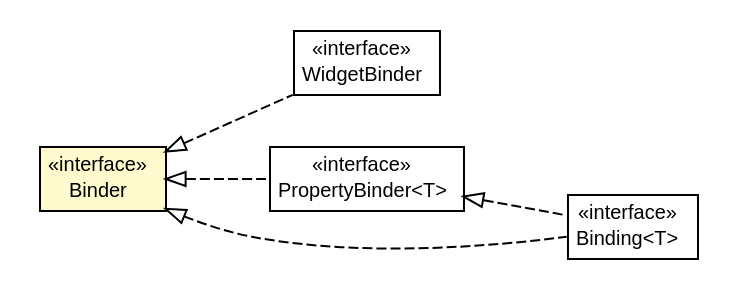
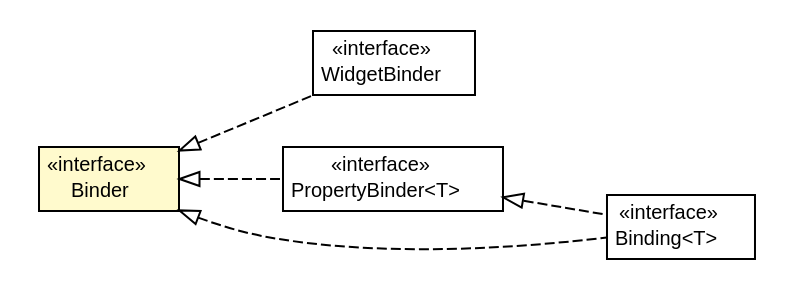
One commit to growbit/turbogwt-databind changed the diagram in javadoc/apidocs/org/turbogwt/mvp/databind/client/Binder.dot. Above: the diagram before and after it, drawn with Graphviz. The commit also changed 144 other files, not shown here.

```diff
--- a/javadoc/apidocs/org/turbogwt/mvp/databind/client/Binder.dot
+++ b/javadoc/apidocs/org/turbogwt/mvp/databind/client/Binder.dot
@@ -1,49 +1,49 @@
 #!/usr/local/bin/dot
 #
 # Class diagram 
 # Generated by UMLGraph version R5_6-24-gf6e263 (http://www.umlgraph.org/)
 #
 
 digraph G {
-	edge [fontname="arial",fontsize=10,labelfontname="arial",labelfontsize=10];
-	node [fontname="arial",fontsize=10,shape=plaintext];
+	edge [fontname="Helvetica",fontsize=10,labelfontname="Helvetica",labelfontsize=10];
+	node [fontname="Helvetica",fontsize=10,shape=plaintext];
 	nodesep=0.25;
 	ranksep=0.5;
 	rankdir=LR;
 	// org.turbogwt.mvp.databind.client.WidgetBinder
-	c126 [label=<<table title="org.turbogwt.mvp.databind.client.WidgetBinder" border="0" cellborder="1" cellspacing="0" cellpadding="2" port="p" href="./WidgetBinder.html">
+	c141 [label=<<table title="org.turbogwt.mvp.databind.client.WidgetBinder" border="0" cellborder="1" cellspacing="0" cellpadding="2" port="p" href="./WidgetBinder.html">
 		<tr><td><table border="0" cellspacing="0" cellpadding="1">
 <tr><td align="center" balign="center"> &#171;interface&#187; </td></tr>
 <tr><td align="center" balign="center"> WidgetBinder </td></tr>
 		</table></td></tr>
-		</table>>, URL="./WidgetBinder.html", fontname="arial", fontcolor="black", fontsize=10.0];
+		</table>>, URL="./WidgetBinder.html", fontname="Helvetica", fontcolor="black", fontsize=10.0];
+	// org.turbogwt.mvp.databind.client.Binder
+	c148 [label=<<table title="org.turbogwt.mvp.databind.client.Binder" border="0" cellborder="1" cellspacing="0" cellpadding="2" port="p" bgcolor="lemonChiffon" href="./Binder.html">
+		<tr><td><table border="0" cellspacing="0" cellpadding="1">
+<tr><td align="center" balign="center"> &#171;interface&#187; </td></tr>
+<tr><td align="center" balign="center"> Binder </td></tr>
+		</table></td></tr>
+		</table>>, URL="./Binder.html", fontname="Helvetica", fontcolor="black", fontsize=10.0];
 	// org.turbogwt.mvp.databind.client.PropertyBinder<T>
-	c130 [label=<<table title="org.turbogwt.mvp.databind.client.PropertyBinder" border="0" cellborder="1" cellspacing="0" cellpadding="2" port="p" href="./PropertyBinder.html">
+	c149 [label=<<table title="org.turbogwt.mvp.databind.client.PropertyBinder" border="0" cellborder="1" cellspacing="0" cellpadding="2" port="p" href="./PropertyBinder.html">
 		<tr><td><table border="0" cellspacing="0" cellpadding="1">
 <tr><td align="center" balign="center"> &#171;interface&#187; </td></tr>
 <tr><td align="center" balign="center"> PropertyBinder&lt;T&gt; </td></tr>
 		</table></td></tr>
-		</table>>, URL="./PropertyBinder.html", fontname="arial", fontcolor="black", fontsize=10.0];
+		</table>>, URL="./PropertyBinder.html", fontname="Helvetica", fontcolor="black", fontsize=10.0];
 	// org.turbogwt.mvp.databind.client.Binding<T>
 	c152 [label=<<table title="org.turbogwt.mvp.databind.client.Binding" border="0" cellborder="1" cellspacing="0" cellpadding="2" port="p" href="./Binding.html">
 		<tr><td><table border="0" cellspacing="0" cellpadding="1">
 <tr><td align="center" balign="center"> &#171;interface&#187; </td></tr>
 <tr><td align="center" balign="center"> Binding&lt;T&gt; </td></tr>
 		</table></td></tr>
-		</table>>, URL="./Binding.html", fontname="arial", fontcolor="black", fontsize=10.0];
-	// org.turbogwt.mvp.databind.client.Binder
-	c156 [label=<<table title="org.turbogwt.mvp.databind.client.Binder" border="0" cellborder="1" cellspacing="0" cellpadding="2" port="p" bgcolor="lemonChiffon" href="./Binder.html">
-		<tr><td><table border="0" cellspacing="0" cellpadding="1">
-<tr><td align="center" balign="center"> &#171;interface&#187; </td></tr>
-<tr><td align="center" balign="center"> Binder </td></tr>
-		</table></td></tr>
-		</table>>, URL="./Binder.html", fontname="arial", fontcolor="black", fontsize=10.0];
+		</table>>, URL="./Binding.html", fontname="Helvetica", fontcolor="black", fontsize=10.0];
 	//org.turbogwt.mvp.databind.client.WidgetBinder implements org.turbogwt.mvp.databind.client.Binder
-	c156:p -> c126:p [dir=back,arrowtail=empty,style=dashed];
+	c148:p -> c141:p [dir=back,arrowtail=empty,style=dashed];
 	//org.turbogwt.mvp.databind.client.PropertyBinder<T> implements org.turbogwt.mvp.databind.client.Binder
-	c156:p -> c130:p [dir=back,arrowtail=empty,style=dashed];
+	c148:p -> c149:p [dir=back,arrowtail=empty,style=dashed];
 	//org.turbogwt.mvp.databind.client.Binding<T> implements org.turbogwt.mvp.databind.client.PropertyBinder<T>
-	c130:p -> c152:p [dir=back,arrowtail=empty,style=dashed];
+	c149:p -> c152:p [dir=back,arrowtail=empty,style=dashed];
 	//org.turbogwt.mvp.databind.client.Binding<T> implements org.turbogwt.mvp.databind.client.Binder
-	c156:p -> c152:p [dir=back,arrowtail=empty,style=dashed];
+	c148:p -> c152:p [dir=back,arrowtail=empty,style=dashed];
 }
```
